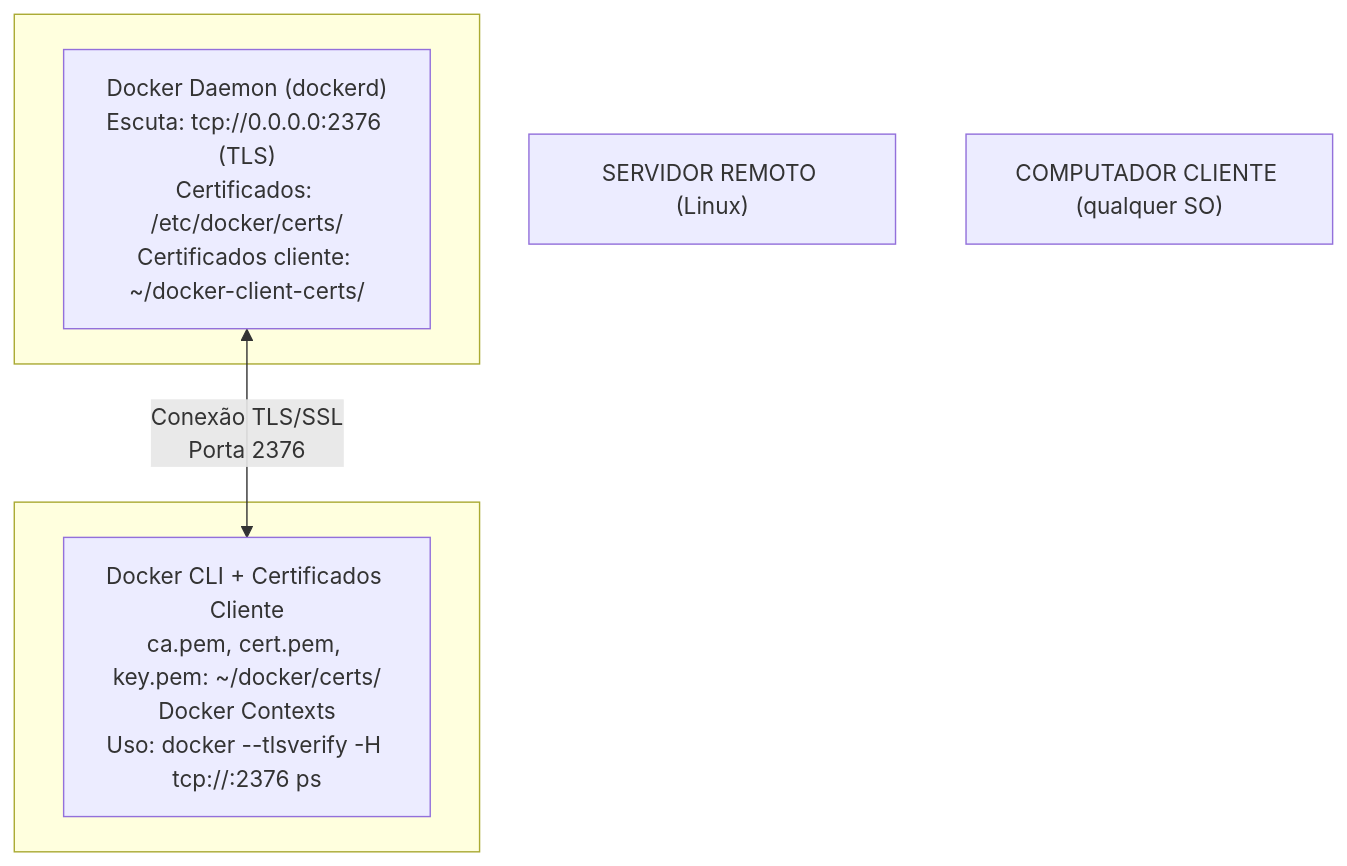
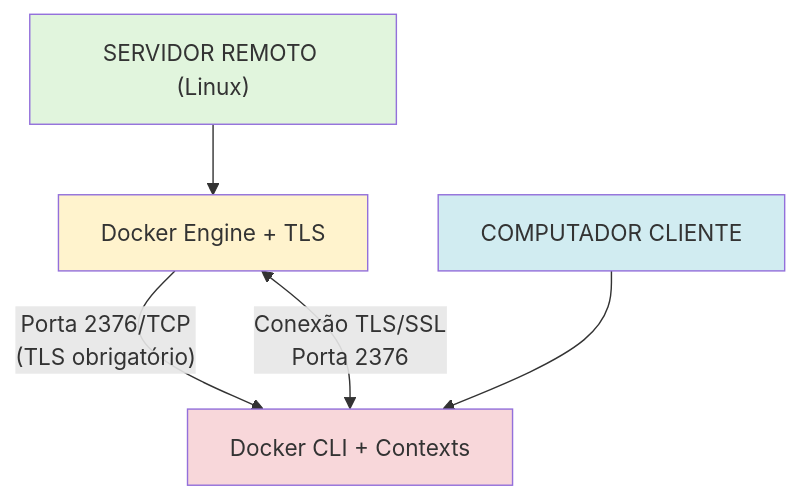
Before and after one commit to devopsvanilla/.BatOps: the diagram in docker/docker-remote.md, drawn with Mermaid. The commit also changed other lines of this file, not shown here.

````diff
--- a/docker/docker-remote.md
+++ b/docker/docker-remote.md
@@ -17,12 +39,17 @@
 ```mermaid
 flowchart TD
    A["SERVIDOR REMOTO (Linux)"]
-   subgraph SR[" "]
-      D["Docker Daemon (dockerd)\nEscuta: tcp://0.0.0.0:2376 (TLS)\nCertificados: /etc/docker/certs/\nCertificados cliente: ~/docker-client-certs/"]
-   end
-   B["COMPUTADOR CLIENTE (qualquer SO)"]
-   subgraph CC[" "]
-      C["Docker CLI + Certificados Cliente\nca.pem, cert.pem, key.pem: ~/docker/certs/\nDocker Contexts\nUso: docker --tlsverify -H tcp://<IP>:2376 ps"]
-   end
-   D <--> |"Conexão TLS/SSL\nPorta 2376"| C
+   B["Docker Engine + TLS"]
+   C["COMPUTADOR CLIENTE"]
+   D["Docker CLI + Contexts"]
+   
+   A --> B
+   B --> |"Porta 2376/TCP\n(TLS obrigatório)"| D
+   C --> D
+   D <--> |"Conexão TLS/SSL\nPorta 2376"| B
+   
+   style A fill:#e1f5dd
+   style B fill:#fff3cd
+   style C fill:#d1ecf1
+   style D fill:#f8d7da
 ```
````
